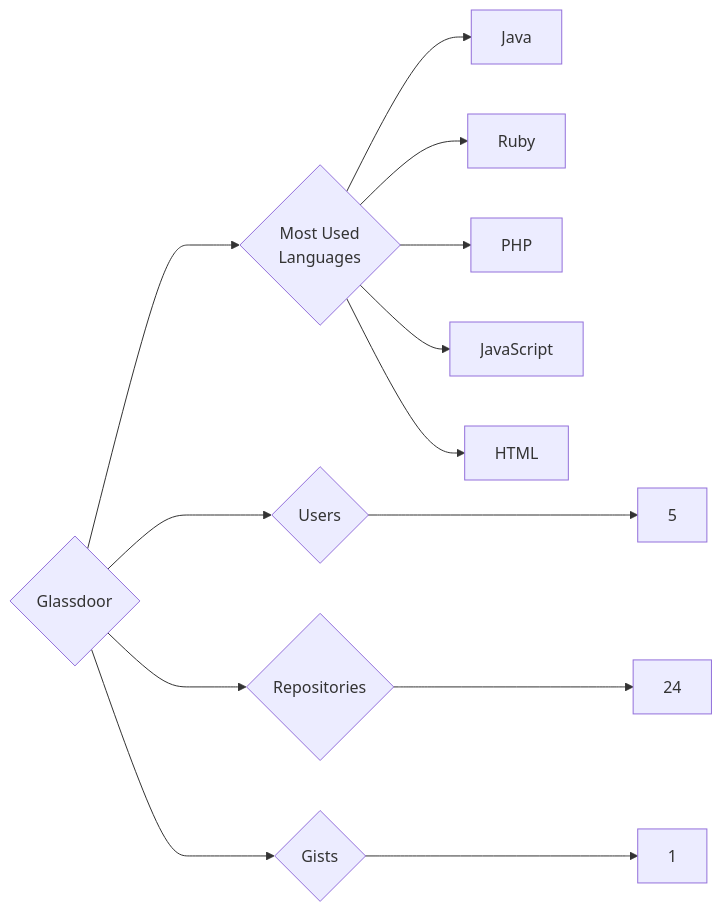
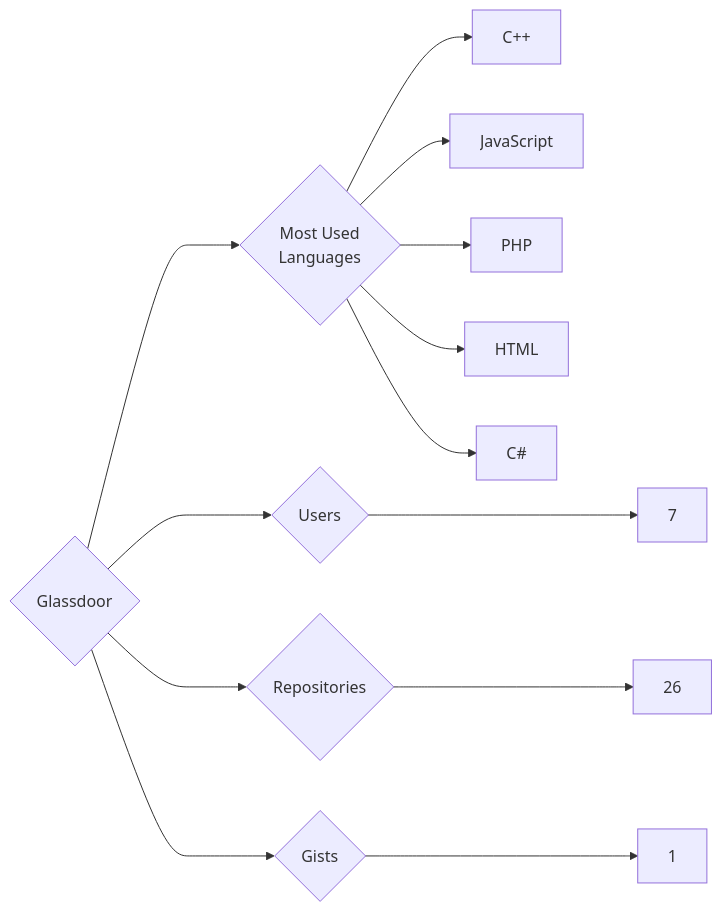
The diagram in targets/Glassdoor/README.md (trickest/insiders), drawn with Mermaid before and after one commit. The commit also changed 618 other files, not shown here.

````diff
--- a/targets/Glassdoor/README.md
+++ b/targets/Glassdoor/README.md
@@ -3,13 +3,13 @@
 ```mermaid
 graph LR
 COMPANY_NAME{Glassdoor}
-COMPANY_NAME ---> U{Users} ---> UN[5]
-COMPANY_NAME ---> R{Repositories} ---> RN[24]
+COMPANY_NAME ---> U{Users} ---> UN[7]
+COMPANY_NAME ---> R{Repositories} ---> RN[26]
 COMPANY_NAME ---> G{Gists} ---> GN[1]
 COMPANY_NAME ---> ML{Most Used<br>Languages}
-ML --> Java[Java]
-ML --> Ruby[Ruby]
+ML --> C++[C++]
+ML --> JavaScript[JavaScript]
 ML --> PHP[PHP]
-ML --> JavaScript[JavaScript]
 ML --> HTML[HTML]
+ML --> C#[C#]
 ```
````
